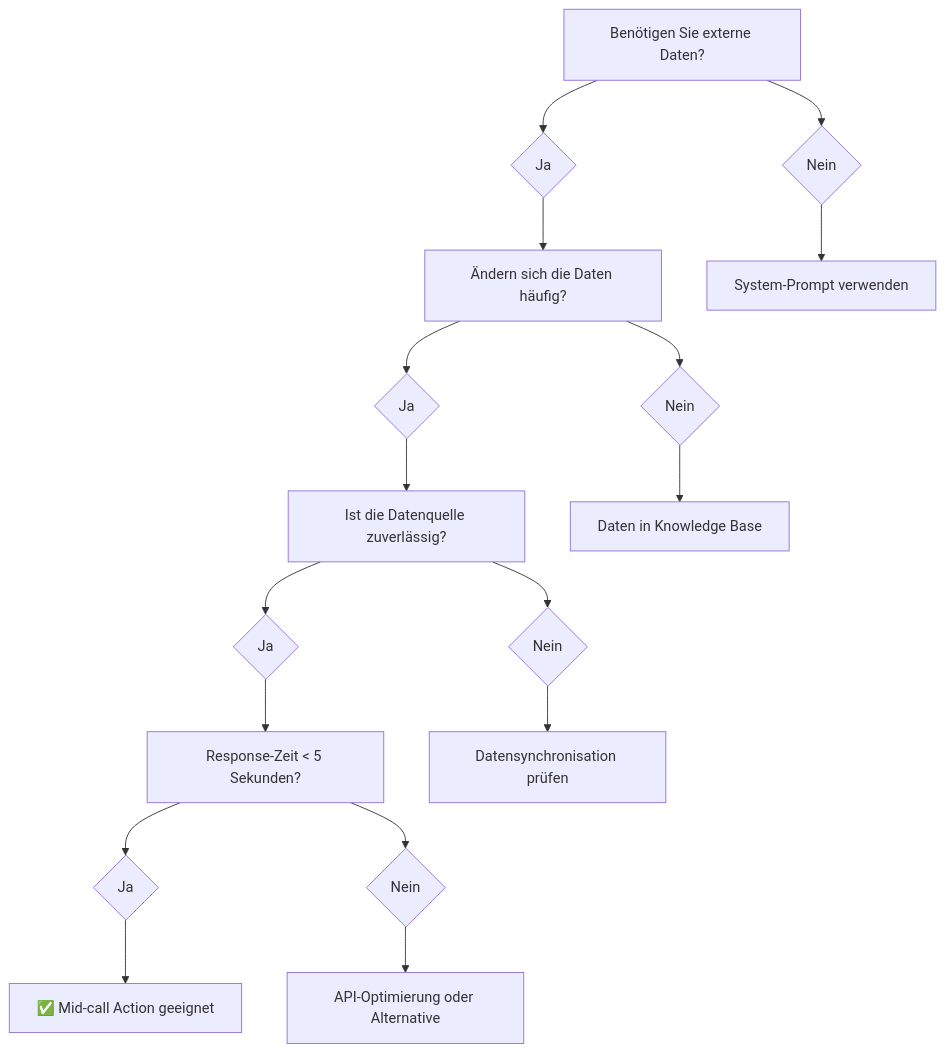
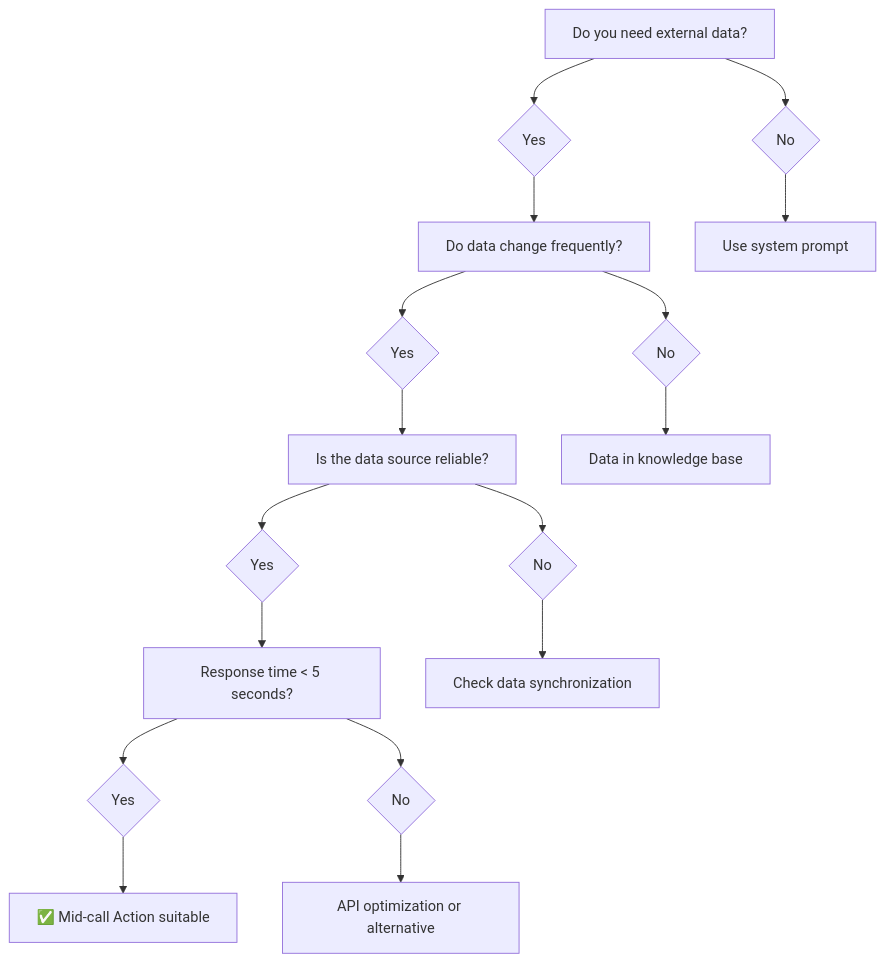
The second of 2 diagrams in en/automation-platform/mid-call-tools/wann-verwenden.mdx (bekgroup/Famulor-docs-de), drawn with Mermaid before and after one commit. The commit also changed other lines of this file and 23 other files, not shown here.

````diff
--- a/en/automation-platform/mid-call-tools/wann-verwenden.mdx
+++ b/en/automation-platform/mid-call-tools/wann-verwenden.mdx
@@ -224,19 +224,19 @@
 ```mermaid
 flowchart TD
-    A[Benötigen Sie externe Daten?] --> B{Ja}
-    A --> C{Nein}
-    B --> D[Ändern sich die Daten häufig?]
-    C --> E[System-Prompt verwenden]
-    D --> F{Ja}
-    D --> G{Nein}
-    F --> H[Ist die Datenquelle zuverlässig?]
-    G --> I[Daten in Knowledge Base]
-    H --> J{Ja}
-    H --> K{Nein}
-    J --> L[Response-Zeit < 5 Sekunden?]
-    K --> M[Datensynchronisation prüfen]
-    L --> N{Ja}
-    L --> O{Nein}
-    N --> P[✅ Mid-call Action geeignet]
-    O --> Q[API-Optimierung oder Alternative]
+    A[Do you need external data?] --> B{Yes}
+    A --> C{No}
+    B --> D[Do data change frequently?]
+    C --> E[Use system prompt]
+    D --> F{Yes}
+    D --> G{No}
+    F --> H[Is the data source reliable?]
+    G --> I[Data in knowledge base]
+    H --> J{Yes}
+    H --> K{No}
+    J --> L[Response time < 5 seconds?]
+    K --> M[Check data synchronization]
+    L --> N{Yes}
+    L --> O{No}
+    N --> P[✅ Mid-call Action suitable]
+    O --> Q[API optimization or alternative]
 ```
````
